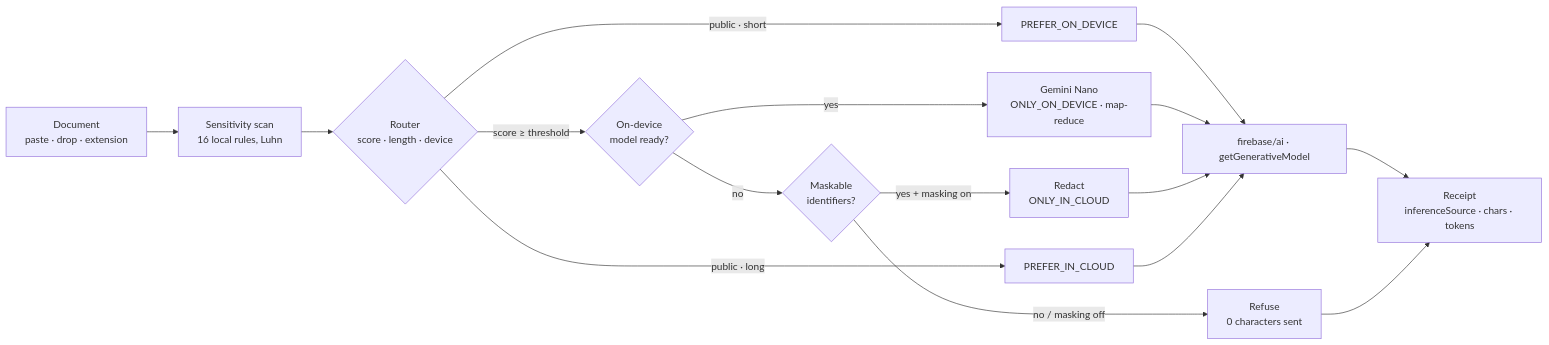
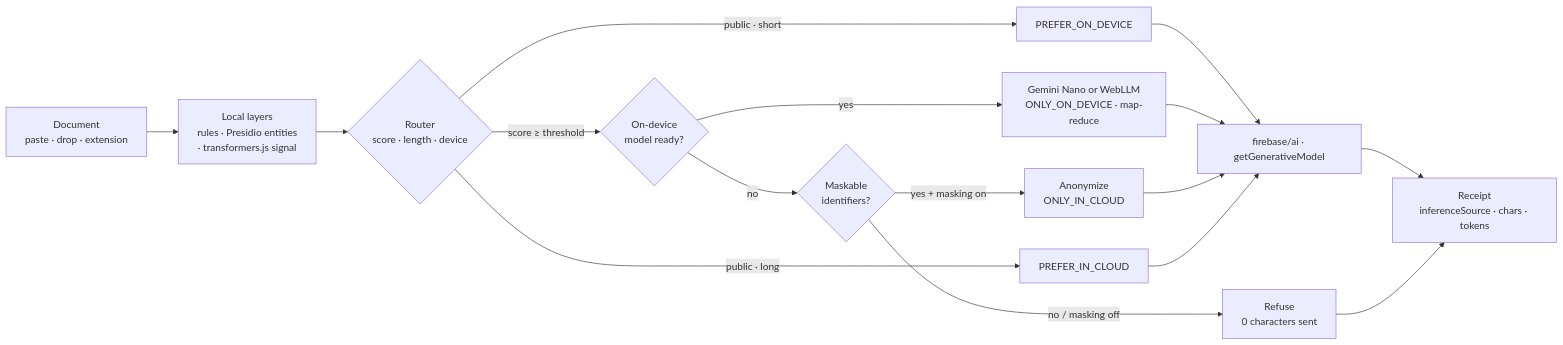
The diagram in README.md (2010180016y-netizen/vaultbrief), drawn with Mermaid before and after one commit. The commit also changed other lines of this file and 37 other files, not shown here.

First line of the commit message:
Integrate web-llm, transformers.js and a Presidio-grade PII layer

````diff
--- a/README.md
+++ b/README.md
@@ -30,18 +30,18 @@
 ```mermaid
 flowchart LR
-  DOC[Document<br/>paste · drop · extension] --> SCAN[Sensitivity scan<br/>16 local rules, Luhn]
+  DOC[Document<br/>paste · drop · extension] --> SCAN[Local layers<br/>rules · Presidio entities<br/>· transformers.js signal]
   SCAN --> ROUTE{Router<br/>score · length · device}
   ROUTE -->|score ≥ threshold| NANO{On-device<br/>model ready?}
-  NANO -->|yes| DEV[Gemini Nano<br/>ONLY_ON_DEVICE · map-reduce]
+  NANO -->|yes| DEV[Gemini Nano or WebLLM<br/>ONLY_ON_DEVICE · map-reduce]
   NANO -->|no| MASKABLE{Maskable<br/>identifiers?}
-  MASKABLE -->|yes + masking on| MASK[Redact<br/>ONLY_IN_CLOUD]
+  MASKABLE -->|yes + masking on| MASK[Anonymize<br/>ONLY_IN_CLOUD]
   MASKABLE -->|no / masking off| REFUSE[Refuse<br/>0 characters sent]
   ROUTE -->|public · short| PREFER[PREFER_ON_DEVICE]
   ROUTE -->|public · long| CLOUD[PREFER_IN_CLOUD]
   PREFER --> SDK[firebase/ai · getGenerativeModel]
   DEV --> SDK
   MASK --> SDK
   CLOUD --> SDK
   SDK --> RECEIPT[Receipt<br/>inferenceSource · chars · tokens]
   REFUSE --> RECEIPT
 ```
````
